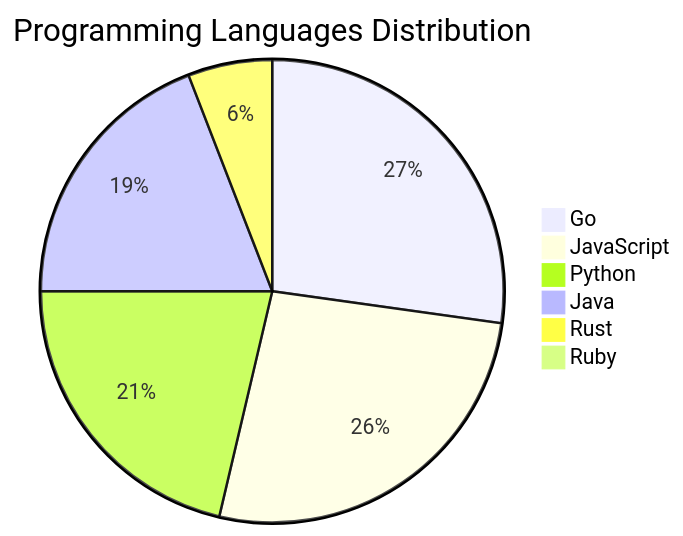
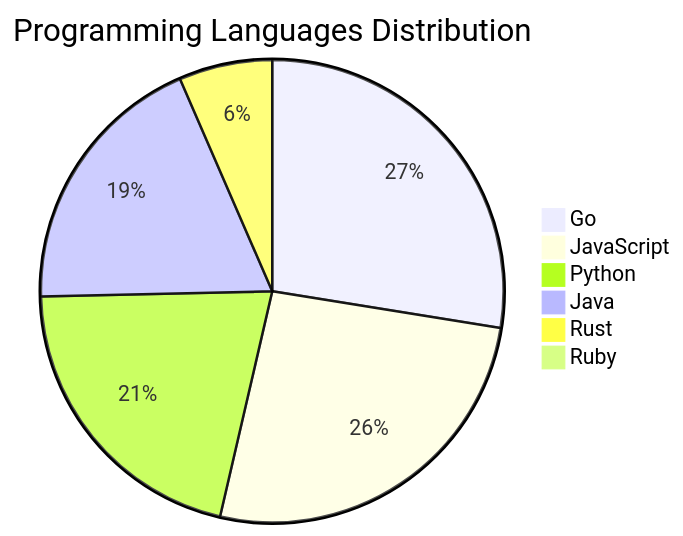
Before and after one commit to Derrick-MUGISHA/github-activity-bot: the diagram in README.md, drawn with Mermaid. The commit also changed other lines of this file and 4 other files, not shown here.

````diff
--- a/README.md
+++ b/README.md
@@ -206,9 +206,9 @@
 ```mermaid
 pie title Programming Languages Distribution
-    "Go" : 37
+    "Go" : 38
     "JavaScript" : 36
     "Python" : 29
     "Java" : 26
-    "Rust" : 8
+    "Rust" : 9
     "Ruby" : 1
 ```
````
